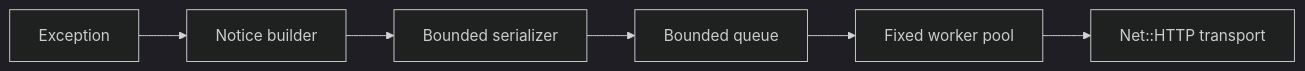
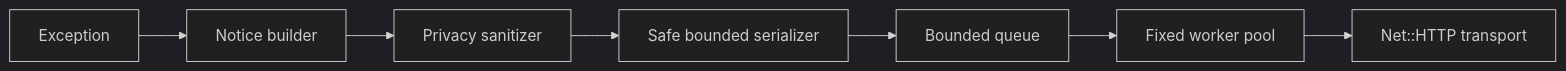
One commit to antoniojefferson/chronos-ruby changed the diagram in README.md. Above: the diagram before and after it, drawn with Mermaid (dark theme). The commit also changed other lines of this file and 45 other files, not shown here.

````diff
--- a/README.md
+++ b/README.md
@@ -143,8 +154,9 @@
 ```mermaid
 flowchart LR
   E[Exception] --> N[Notice builder]
-  N --> S[Bounded serializer]
+  N --> P[Privacy sanitizer]
+  P --> S[Safe bounded serializer]
   S --> Q[Bounded queue]
   Q --> W[Fixed worker pool]
   W --> H[Net::HTTP transport]
 ```
````
